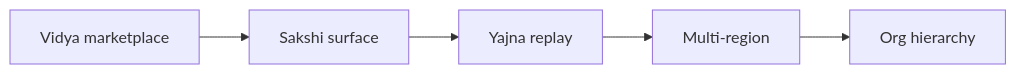
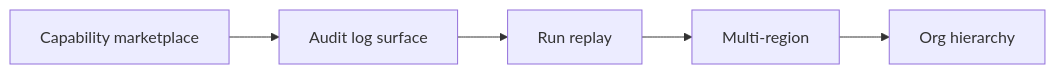
The fifth of 5 diagrams in documentation/src/05-Roadmap.md (so-weak/Aakaar), drawn with Mermaid before and after one commit. The commit also changed other lines of this file and 23 other files, not shown here.

````diff
--- a/documentation/src/05-Roadmap.md
+++ b/documentation/src/05-Roadmap.md
@@ -185,7 +185,7 @@
 ```mermaid
 flowchart LR
-  P3A["Vidya marketplace"] --> P3B["Sakshi surface"]
-  P3B --> P3C["Yajna replay"]
+  P3A["Capability marketplace"] --> P3B["Audit log surface"]
+  P3B --> P3C["Run replay"]
   P3C --> P3D["Multi-region"]
   P3D --> P3E["Org hierarchy"]
 ```
````
